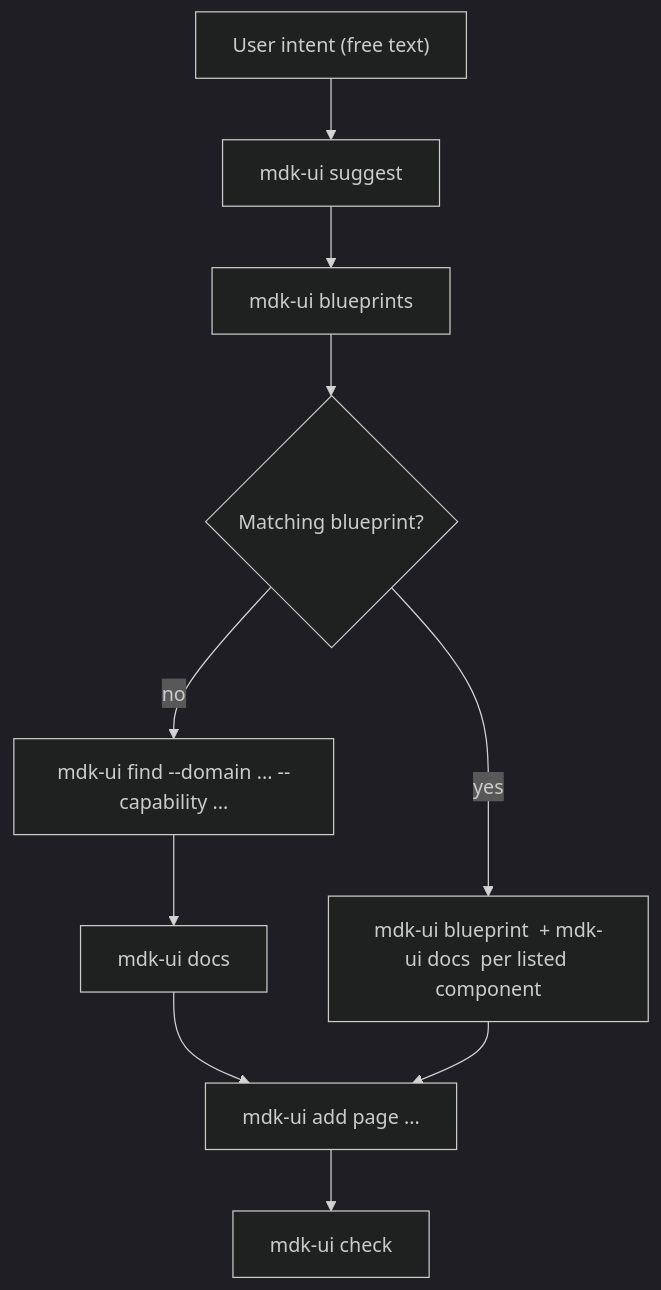
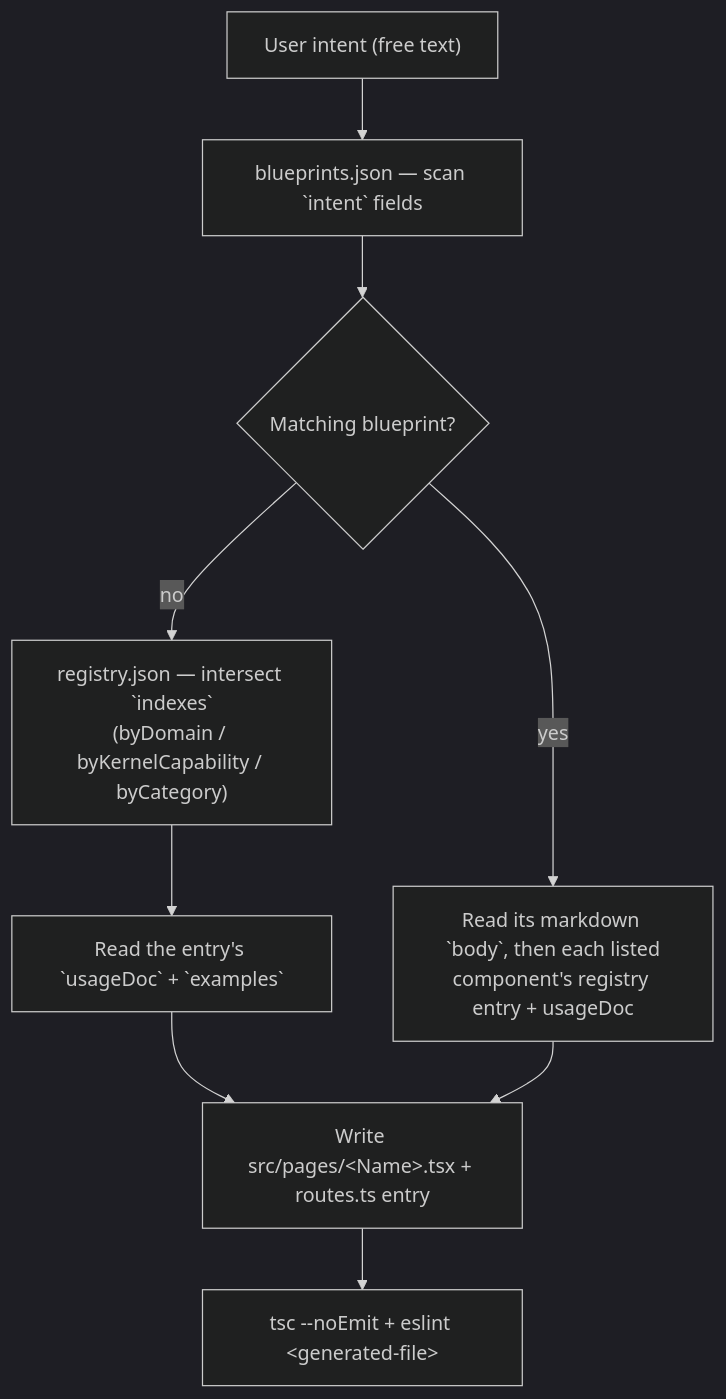
One commit to tekwani/mdk changed the second of 2 diagrams in ui/packages/react-devkit/AGENT_READY.md. Above: the diagram before and after it, drawn with Mermaid (dark theme). The commit also changed other lines of this file and 414 other files, not shown here.

````diff
--- a/ui/packages/react-devkit/AGENT_READY.md
+++ b/ui/packages/react-devkit/AGENT_READY.md
@@ -253,12 +254,11 @@
 ```mermaid
 flowchart TD
-  intent["User intent (free text)"] --> step1["mdk-ui suggest <intent>"]
-  step1 --> step2["mdk-ui blueprints"]
-  step2 --> step3{"Matching blueprint?"}
-  step3 -- yes --> useBp["mdk-ui blueprint <id> + mdk-ui docs <Component> per listed component"]
-  step3 -- no --> step4["mdk-ui find --domain ... --capability ..."]
-  step4 --> step5["mdk-ui docs <Component>"]
-  step5 --> scaffold["mdk-ui add page ..."]
+  intent["User intent (free text)"] --> step1["blueprints.json — scan `intent` fields"]
+  step1 --> step2{"Matching blueprint?"}
+  step2 -- yes --> useBp["Read its markdown `body`, then each listed\ncomponent's registry entry + usageDoc"]
+  step2 -- no --> step3["registry.json — intersect `indexes`\n(byDomain / byKernelCapability / byCategory)"]
+  step3 --> step4["Read the entry's `usageDoc` + `examples`"]
+  step4 --> scaffold["Write src/pages/&lt;Name&gt;.tsx + routes.ts entry"]
   useBp --> scaffold
-  scaffold --> verify["mdk-ui check <generated-file>"]
+  scaffold --> verify["tsc --noEmit + eslint &lt;generated-file&gt;"]
 ```
````
